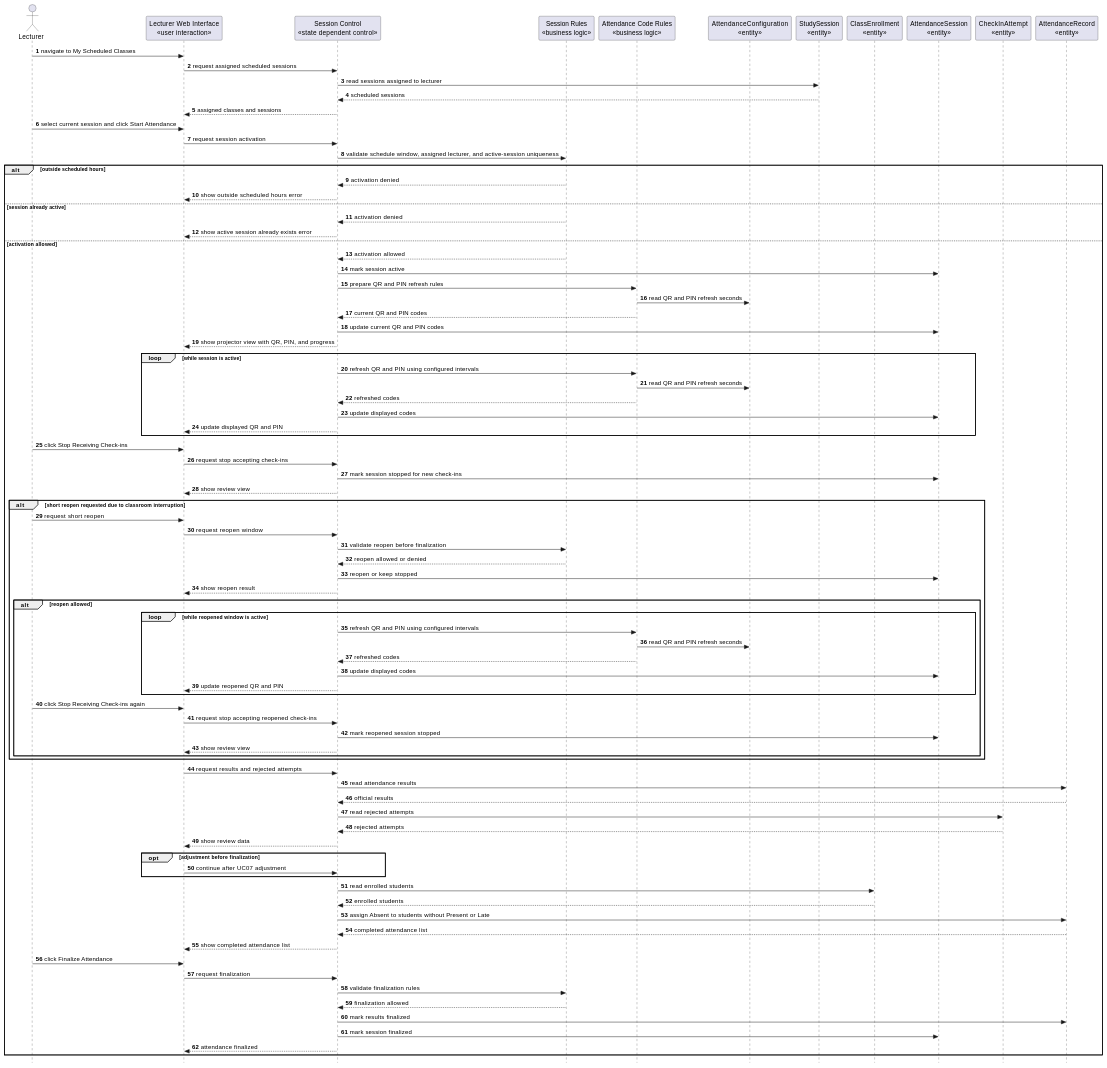
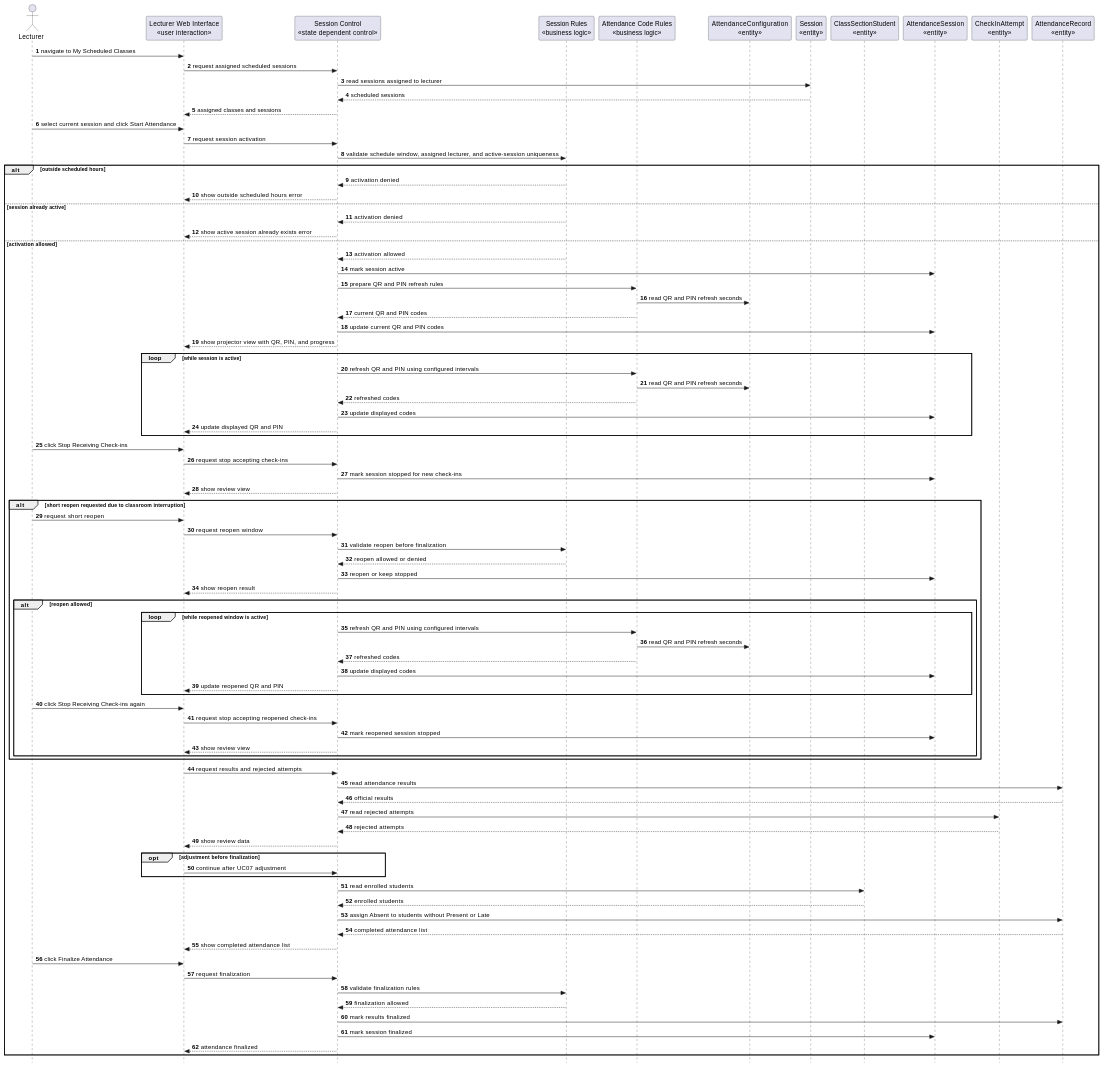
Diagram 15 of 29 in docs/sds/2_Analysis.md (nttung42/SWD392), drawn with PlantUML before and after one commit. The commit also changed other lines of this file and 2 other files, not shown here.

```diff
--- a/docs/sds/2_Analysis.md
+++ b/docs/sds/2_Analysis.md
@@ -816,16 +824,16 @@
 participant "Session Rules\n«business logic»" as SessionRules
 participant "Attendance Code Rules\n«business logic»" as CodeRules
 participant "AttendanceConfiguration\n«entity»" as AttendanceConfig
-participant "StudySession\n«entity»" as StudySession
-participant "ClassEnrollment\n«entity»" as ClassEnrollment
+participant "Session\n«entity»" as Session
+participant "ClassSectionStudent\n«entity»" as ClassSectionStudent
 participant "AttendanceSession\n«entity»" as AttendanceSession
 participant "CheckInAttempt\n«entity»" as CheckInAttempt
 participant "AttendanceRecord\n«entity»" as AttendanceRecord
 
 Lecturer -> LecturerUI : navigate to My Scheduled Classes
 LecturerUI -> SessionControl : request assigned scheduled sessions
-SessionControl -> StudySession : read sessions assigned to lecturer
-StudySession --> SessionControl : scheduled sessions
+SessionControl -> Session : read sessions assigned to lecturer
+Session --> SessionControl : scheduled sessions
 SessionControl --> LecturerUI : assigned classes and sessions
 Lecturer -> LecturerUI : select current session and click Start Attendance
 LecturerUI -> SessionControl : request session activation
@@ -894,8 +902,8 @@
     LecturerUI -> SessionControl : continue after UC07 adjustment
   end
 
-  SessionControl -> ClassEnrollment : read enrolled students
-  ClassEnrollment --> SessionControl : enrolled students
+  SessionControl -> ClassSectionStudent : read enrolled students
+  ClassSectionStudent --> SessionControl : enrolled students
   SessionControl -> AttendanceRecord : assign Absent to students without Present or Late
   AttendanceRecord --> SessionControl : completed attendance list
   SessionControl --> LecturerUI : show completed attendance list
```
